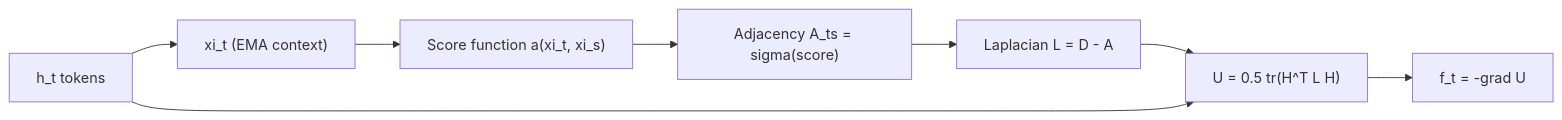
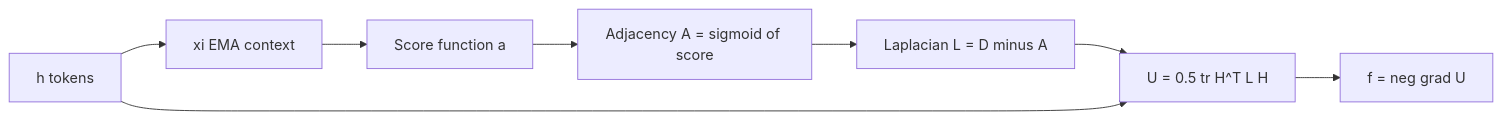
Before and after one commit to dimitarpg13/semsimula-paper: the third of 5 diagrams in companion_notes/Context_Mixing_Mechanisms_in_the_Conservative_Framework.md, drawn with Mermaid. The commit also changed other lines of this file, not shown here.

````diff
--- a/companion_notes/Context_Mixing_Mechanisms_in_the_Conservative_Framework.md
+++ b/companion_notes/Context_Mixing_Mechanisms_in_the_Conservative_Framework.md
@@ -744,18 +744,18 @@
 ```mermaid
 flowchart LR
-    H["h_t tokens"]
-    XI["xi_t (EMA context)"]
-    SCORE["Score function a(xi_t, xi_s)"]
-    ADJ["Adjacency A_ts = sigma(score)"]
-    LAP["Laplacian L = D - A"]
-    POT["U = 0.5 tr(H^T L H)"]
-    FRC["f_t = -grad U"]
+    H["h tokens"]
+    XI["xi EMA context"]
+    SCORE["Score function a"]
+    ADJ["Adjacency A = sigmoid of score"]
+    LAP["Laplacian L = D minus A"]
+    POT["U = 0.5 tr H^T L H"]
+    FRC["f = neg grad U"]
 
     H --> XI
     XI --> SCORE
     SCORE --> ADJ
     ADJ --> LAP
     LAP --> POT
     H --> POT
     POT --> FRC
 ```
````
